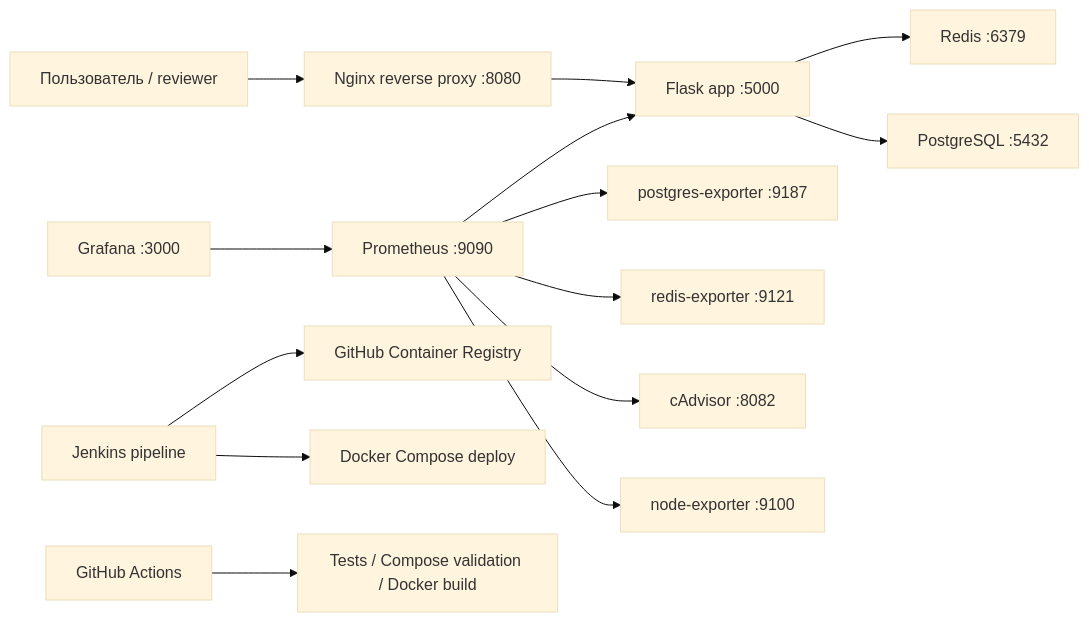
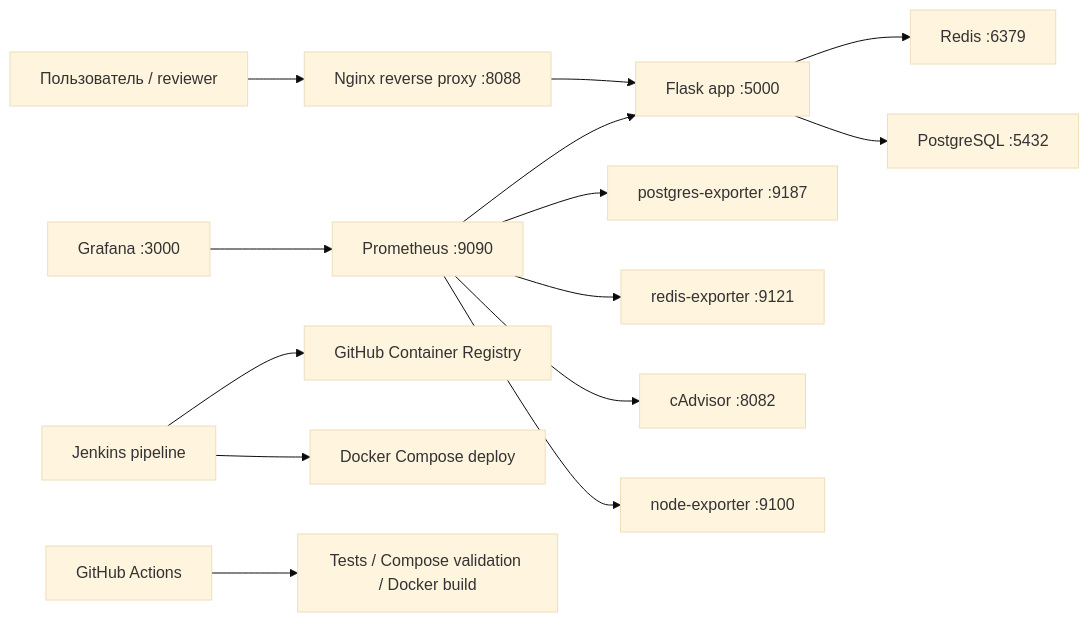
One commit to x2slow4u/my-app changed the diagram in README.md. Above: the diagram before and after it, drawn with Mermaid (base theme). The commit also changed other lines of this file and 4 other files, not shown here.

Commit message:
Move nginx proxy to port 8088

````diff
--- a/README.md
+++ b/README.md
@@ -38,16 +38,16 @@
 ```mermaid
 flowchart LR
-    User["Пользователь / reviewer"] --> Nginx["Nginx reverse proxy :8080"]
+    User["Пользователь / reviewer"] --> Nginx["Nginx reverse proxy :8088"]
     Nginx --> Web["Flask app :5000"]
     Web --> Redis["Redis :6379"]
     Web --> DB["PostgreSQL :5432"]
     Prom["Prometheus :9090"] --> Web
     Prom --> PgExp["postgres-exporter :9187"]
     Prom --> RedisExp["redis-exporter :9121"]
     Prom --> CAdvisor["cAdvisor :8082"]
     Prom --> NodeExp["node-exporter :9100"]
     Grafana["Grafana :3000"] --> Prom
     Jenkins["Jenkins pipeline"] --> GHCR["GitHub Container Registry"]
     Jenkins --> Compose["Docker Compose deploy"]
     Actions["GitHub Actions"] --> Tests["Tests / Compose validation / Docker build"]
 ```
````
